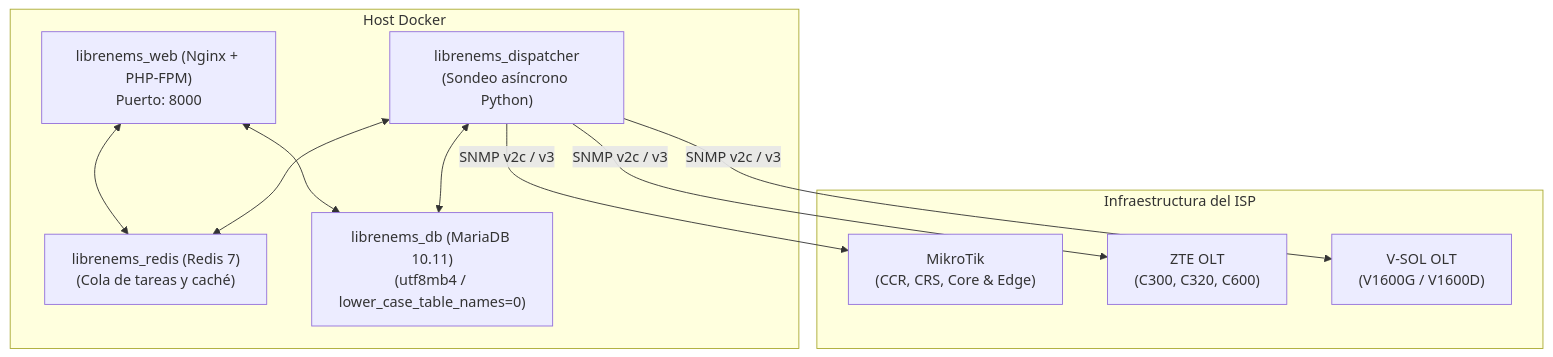
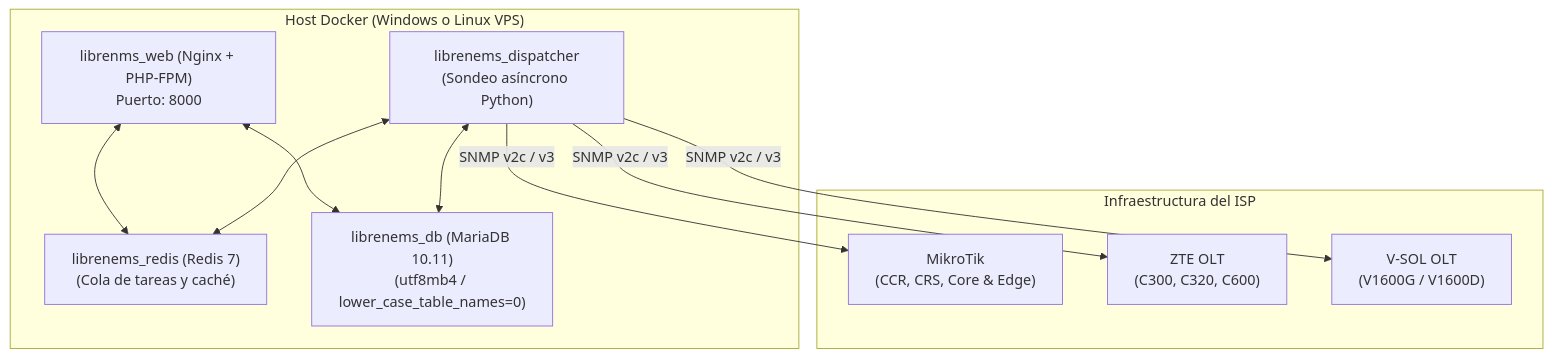
Before and after one commit to edgarprimera/monitor_librenems: the diagram in README.md, drawn with Mermaid. The commit also changed other lines of this file and 2 other files, not shown here.

Commit message:
docs: add CHANGELOG.md, update README with Windows/VPS guides and validation explanations

````diff
--- a/README.md
+++ b/README.md
@@ -24,24 +36,24 @@
 ```mermaid
 flowchart TD
-    subgraph Host["Host Docker"]
-        WEB["librenems_web (Nginx + PHP-FPM)\nPuerto: 8000"]
+    subgraph Host["Host Docker (Windows o Linux VPS)"]
+        WEB["librenms_web (Nginx + PHP-FPM)\nPuerto: 8000"]
         DISP["librenems_dispatcher\n(Sondeo asíncrono Python)"]
         REDIS["librenems_redis (Redis 7)\n(Cola de tareas y caché)"]
         DB["librenems_db (MariaDB 10.11)\n(utf8mb4 / lower_case_table_names=0)"]
 
         WEB <--> DB
         DISP <--> DB
         WEB <--> REDIS
         DISP <--> REDIS
     end
 
     subgraph RedISP["Infraestructura del ISP"]
         MK["MikroTik\n(CCR, CRS, Core & Edge)"]
         ZTE["ZTE OLT\n(C300, C320, C600)"]
         VSOL["V-SOL OLT\n(V1600G / V1600D)"]
     end
 
     DISP -->|SNMP v2c / v3| MK
     DISP -->|SNMP v2c / v3| ZTE
     DISP -->|SNMP v2c / v3| VSOL
 ```
````
